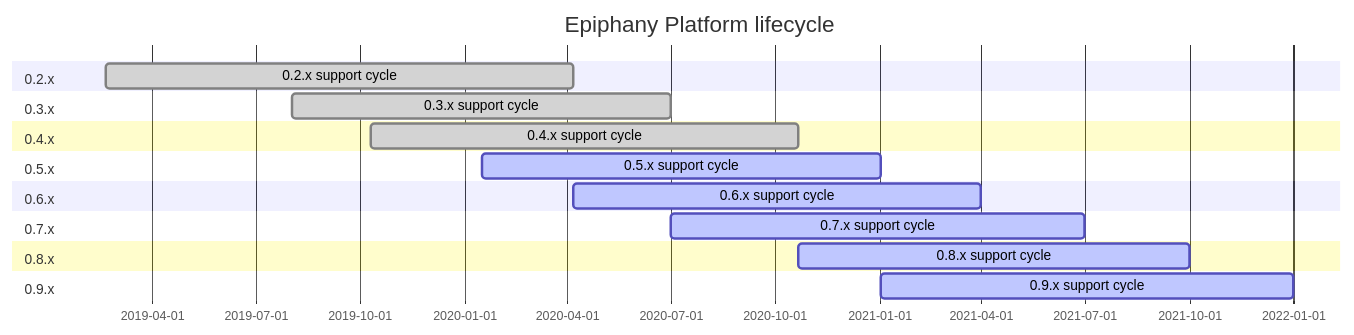
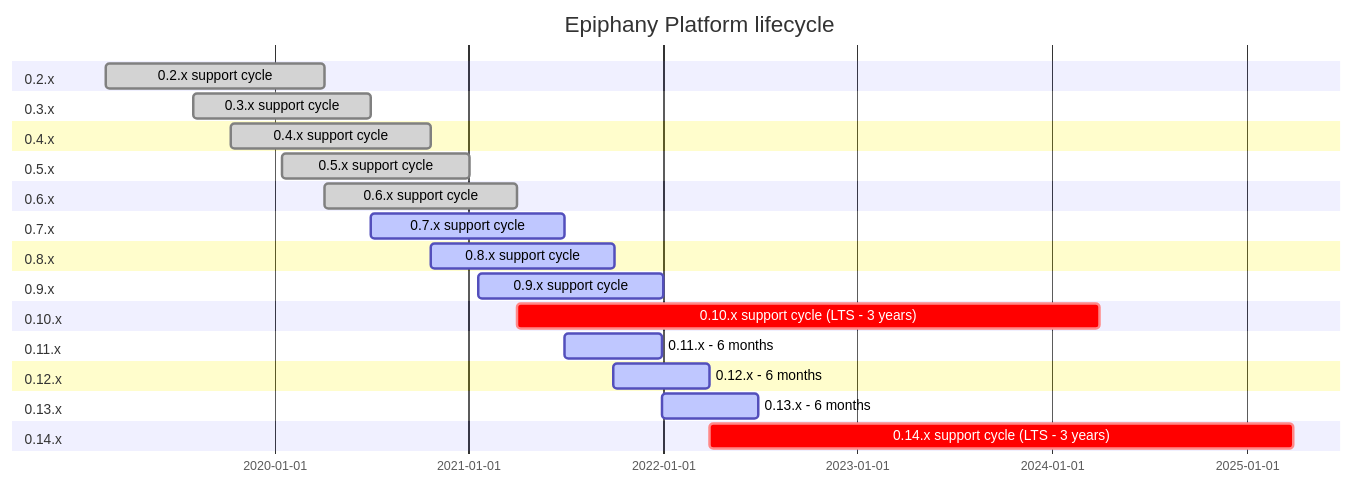
Before and after one commit to hitachienergy/epiphany: the diagram in docs/home/LIFECYCLE_GANTT.md, drawn with Mermaid. The commit also changed 3 other files, not shown here.

````diff
--- a/docs/home/LIFECYCLE_GANTT.md
+++ b/docs/home/LIFECYCLE_GANTT.md
@@ -3,21 +3,31 @@
 ```mermaid
 gantt
 title Epiphany Platform lifecycle
 dateFormat  YYYY-MM-DD
 section 0.2.x
 0.2.x support cycle     :done, 2019-02-19, 2020-04-06
 section 0.3.x
 0.3.x support cycle     :done, 2019-08-02, 2020-07-01
 section 0.4.x
 0.4.x support cycle     :done, 2019-10-11, 2020-10-22
 section 0.5.x
-0.5.x support cycle     :active, 2020-01-17, 2021-01-02
+0.5.x support cycle     :done, 2020-01-17, 2021-01-02
 section 0.6.x
-0.6.x support cycle     :active, 2020-04-06, 2021-04-01
+0.6.x support cycle     :done, 2020-04-06, 2021-04-01
 section 0.7.x
 0.7.x support cycle     :active, 2020-07-01, 2021-07-01
 section 0.8.x
 0.8.x support cycle     :active, 2020-10-22, 2021-10-01
 section 0.9.x
-0.9.x support cycle     :active, 2021-01-02, 2022-01-01
+0.9.x support cycle      :active, 2021-01-19, 2022-01-01
+section 0.10.x
+0.10.x support cycle (LTS - 3 years)    :crit, 2021-04-01, 2024-04-01
+section 0.11.x
+0.11.x - 6 months     :active, 2021-06-30, 2021-12-30
+section 0.12.x
+0.12.x - 6 months     :active, 2021-09-30, 2022-03-30
+section 0.13.x
+0.13.x - 6 months     :active, 2021-12-30, 2022-06-30
+section 0.14.x
+0.14.x support cycle (LTS - 3 years)     :crit, 2022-03-30, 2025-03-30
 ```
````
